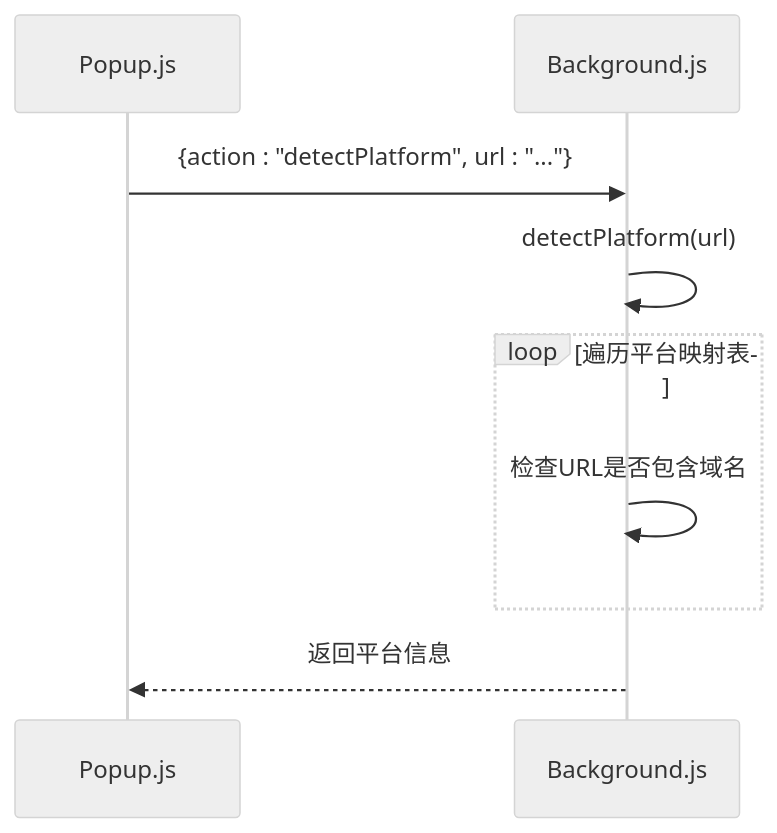
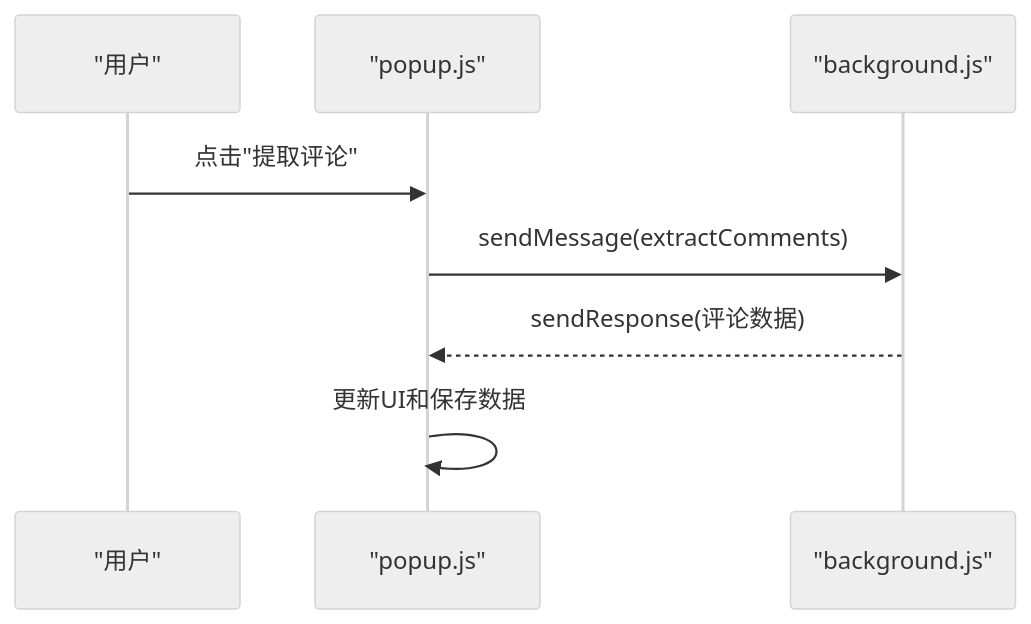
Before and after one commit to cyber-tao/CommentInsight: the fifth of 5 diagrams in .qoder/repowiki/zh/content/API参考.md, drawn with Mermaid (neutral theme). The commit also changed other lines of this file and 5 other files, not shown here.

````diff
--- a/.qoder/repowiki/zh/content/API参考.md
+++ b/.qoder/repowiki/zh/content/API参考.md
@@ -101,11 +192,10 @@
 ```mermaid
 sequenceDiagram
-participant Popup as Popup.js
-participant Background as Background.js
-Popup->>Background : {action : "detectPlatform", url : "..."}
-Background->>Background : detectPlatform(url)
-loop 遍历平台映射表
-Background->>Background : 检查URL是否包含域名
-end
-Background-->>Popup : 返回平台信息
+participant User as "用户"
+participant Popup as "popup.js"
+participant Background as "background.js"
+User->>Popup : 点击"提取评论"
+Popup->>Background : sendMessage(extractComments)
+Background-->>Popup : sendResponse(评论数据)
+Popup->>Popup : 更新UI和保存数据
 ```
````
